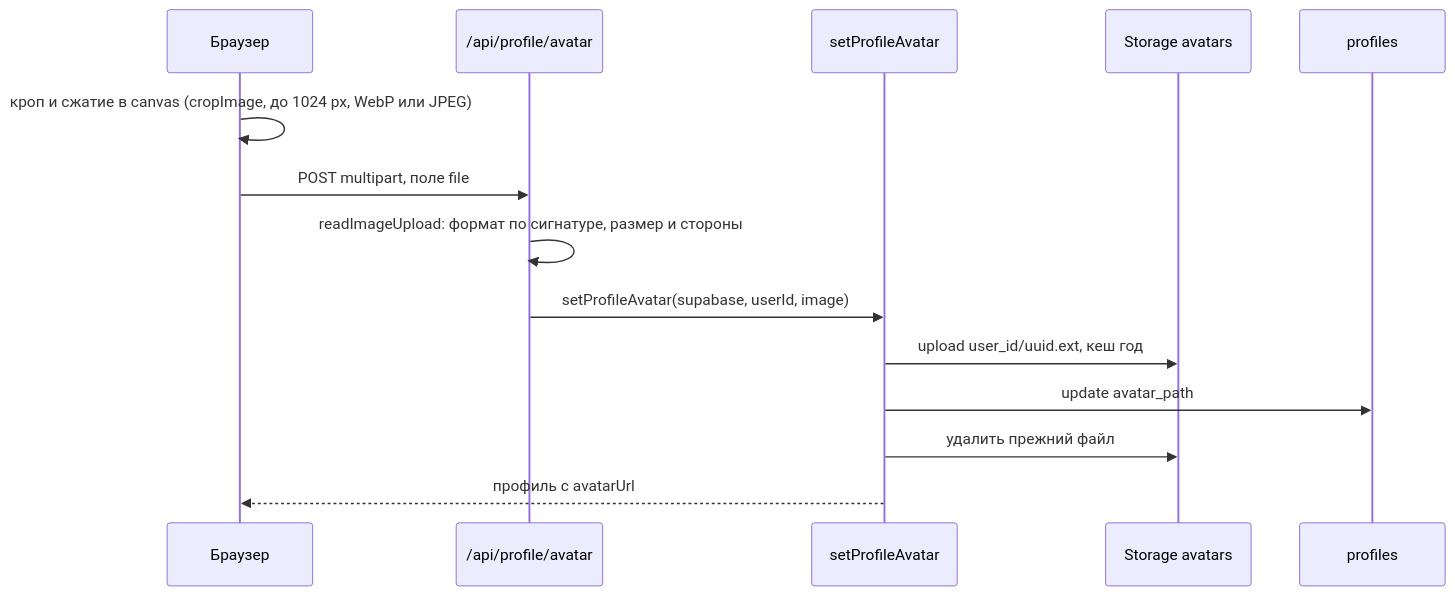
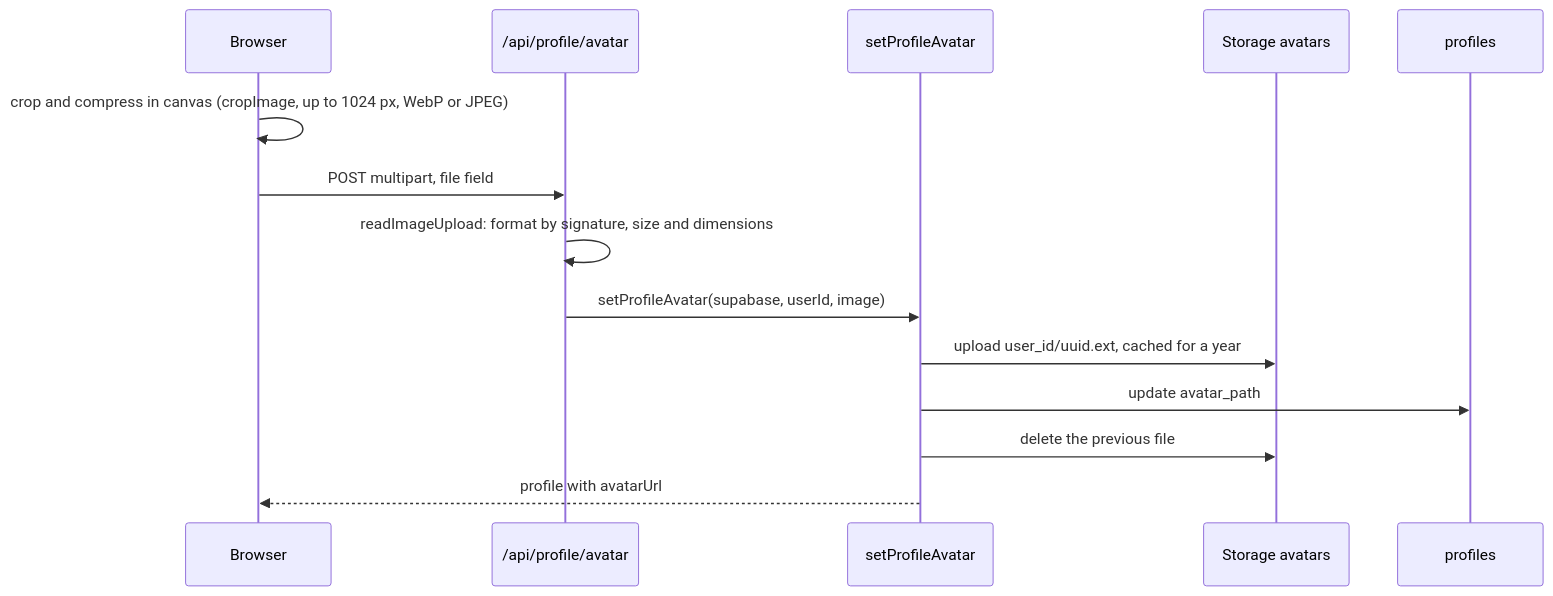
Before and after one commit to verkhoturov/freudin-website: the fifth of 5 diagrams in docs/architecture/dynamic.md, drawn with Mermaid. The commit also changed other lines of this file and 74 other files, not shown here.

````diff
--- a/docs/architecture/dynamic.md
+++ b/docs/architecture/dynamic.md
@@ -179,17 +189,17 @@
 ```mermaid
 sequenceDiagram
-    participant B as Браузер
+    participant B as Browser
     participant R as /api/profile/avatar
     participant E as setProfileAvatar
     participant S as Storage avatars
     participant DB as profiles
 
-    B->>B: кроп и сжатие в canvas (cropImage, до 1024 px, WebP или JPEG)
-    B->>R: POST multipart, поле file
-    R->>R: readImageUpload: формат по сигнатуре, размер и стороны
+    B->>B: crop and compress in canvas (cropImage, up to 1024 px, WebP or JPEG)
+    B->>R: POST multipart, file field
+    R->>R: readImageUpload: format by signature, size and dimensions
     R->>E: setProfileAvatar(supabase, userId, image)
-    E->>S: upload user_id/uuid.ext, кеш год
+    E->>S: upload user_id/uuid.ext, cached for a year
     E->>DB: update avatar_path
-    E->>S: удалить прежний файл
-    E-->>B: профиль с avatarUrl
+    E->>S: delete the previous file
+    E-->>B: profile with avatarUrl
 ```
````
